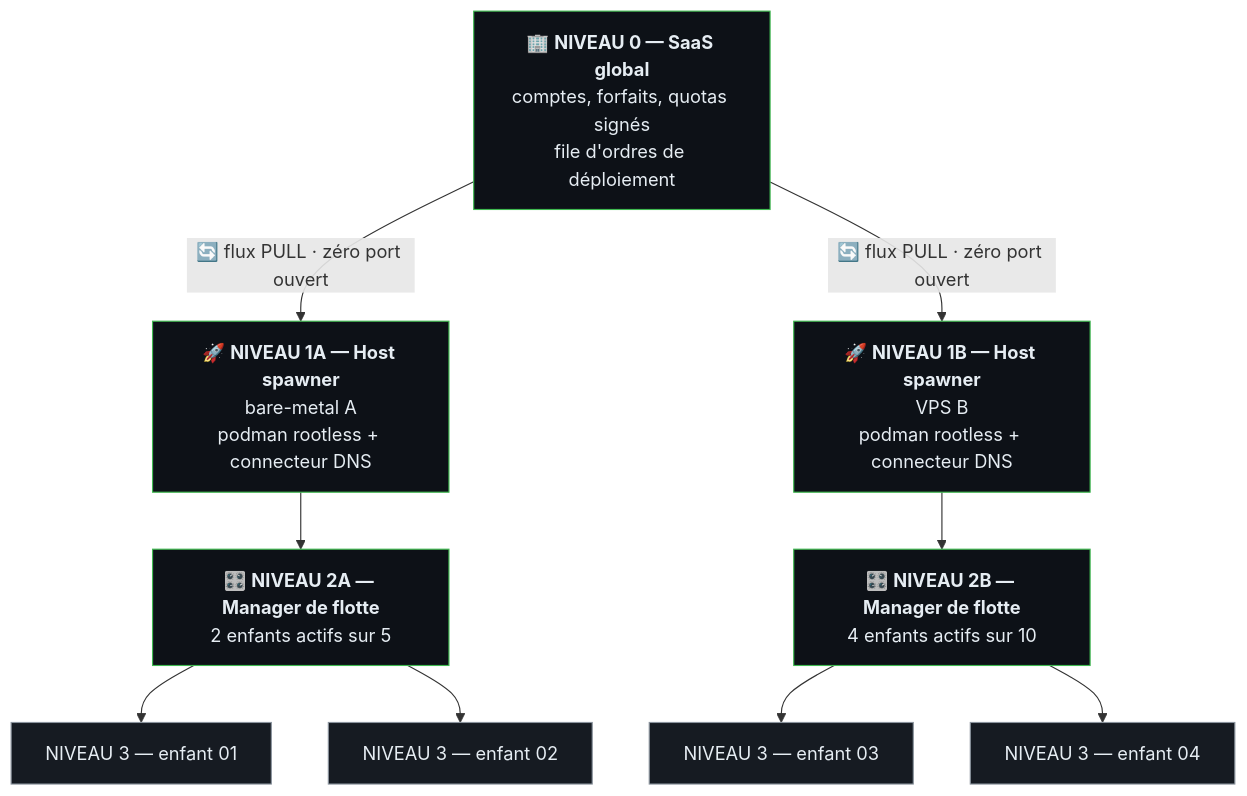
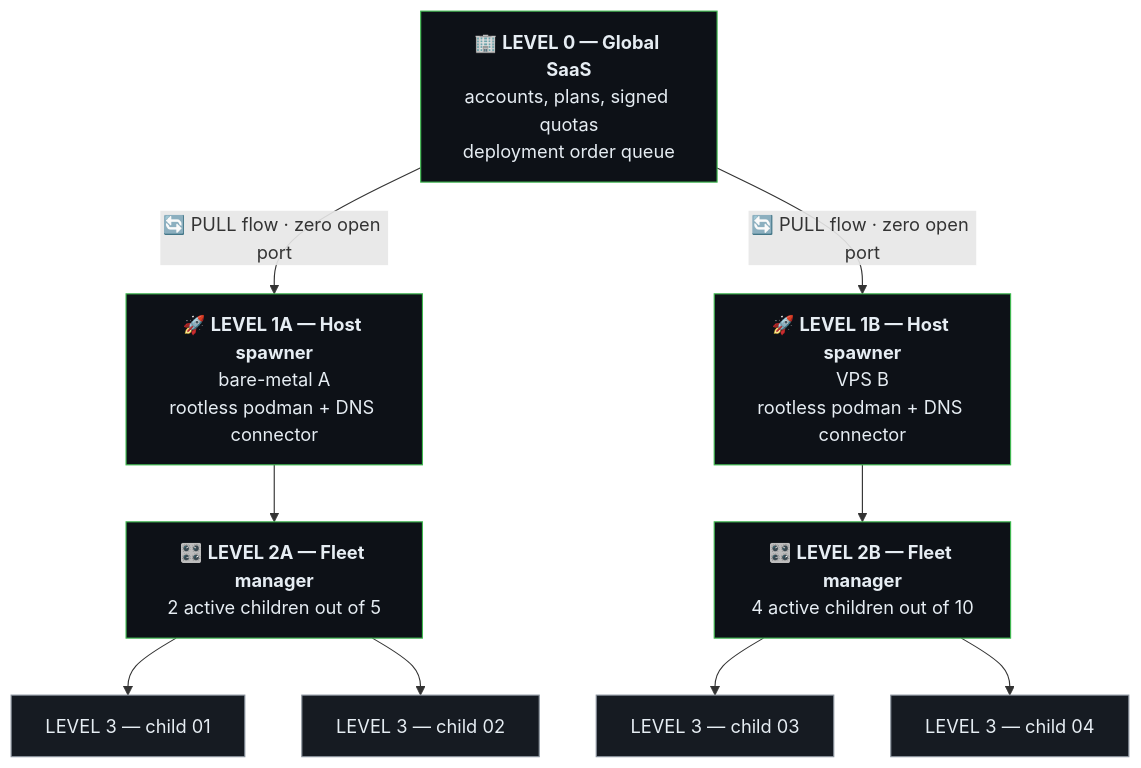
Before and after one commit to xavdp-pro/SHAPER-OS-V1.14: the first of 3 diagrams in docs/architecture/FRACTAL-ARCHITECTURE-AND-SECURITY.md, drawn with Mermaid. The commit also changed other lines of this file, not shown here.

First line of the commit message:
docs(rule-0): the fractal architecture and security document speaks English

````diff
--- a/docs/architecture/FRACTAL-ARCHITECTURE-AND-SECURITY.md
+++ b/docs/architecture/FRACTAL-ARCHITECTURE-AND-SECURITY.md
@@ -13,26 +13,26 @@
 ```mermaid
 flowchart TD
-    N0["🏢 <b>NIVEAU 0 — SaaS global</b><br/>comptes, forfaits, quotas signés<br/>file d'ordres de déploiement"]
-    N1A["🚀 <b>NIVEAU 1A — Host spawner</b><br/>bare-metal A<br/>podman rootless + connecteur DNS"]
-    N1B["🚀 <b>NIVEAU 1B — Host spawner</b><br/>VPS B<br/>podman rootless + connecteur DNS"]
-    N2A["🎛️ <b>NIVEAU 2A — Manager de flotte</b><br/>2 enfants actifs sur 5"]
-    N2B["🎛️ <b>NIVEAU 2B — Manager de flotte</b><br/>4 enfants actifs sur 10"]
-    C1["NIVEAU 3 — enfant 01"]
-    C2["NIVEAU 3 — enfant 02"]
-    C3["NIVEAU 3 — enfant 03"]
-    C4["NIVEAU 3 — enfant 04"]
+    N0["🏢 <b>LEVEL 0 — Global SaaS</b><br/>accounts, plans, signed quotas<br/>deployment order queue"]
+    N1A["🚀 <b>LEVEL 1A — Host spawner</b><br/>bare-metal A<br/>rootless podman + DNS connector"]
+    N1B["🚀 <b>LEVEL 1B — Host spawner</b><br/>VPS B<br/>rootless podman + DNS connector"]
+    N2A["🎛️ <b>LEVEL 2A — Fleet manager</b><br/>2 active children out of 5"]
+    N2B["🎛️ <b>LEVEL 2B — Fleet manager</b><br/>4 active children out of 10"]
+    C1["LEVEL 3 — child 01"]
+    C2["LEVEL 3 — child 02"]
+    C3["LEVEL 3 — child 03"]
+    C4["LEVEL 3 — child 04"]
 
-    N0 -- "🔄 flux PULL · zéro port ouvert" --> N1A
-    N0 -- "🔄 flux PULL · zéro port ouvert" --> N1B
+    N0 -- "🔄 PULL flow · zero open port" --> N1A
+    N0 -- "🔄 PULL flow · zero open port" --> N1B
     N1A --> N2A
     N1B --> N2B
     N2A --> C1
     N2A --> C2
     N2B --> C3
     N2B --> C4
 
     classDef n fill:#0d1117,stroke:#3fb950,color:#e6edf3
     classDef c fill:#161b22,stroke:#8b949e,color:#e6edf3
     class N0,N1A,N1B,N2A,N2B n
     class C1,C2,C3,C4 c
 ```
````
